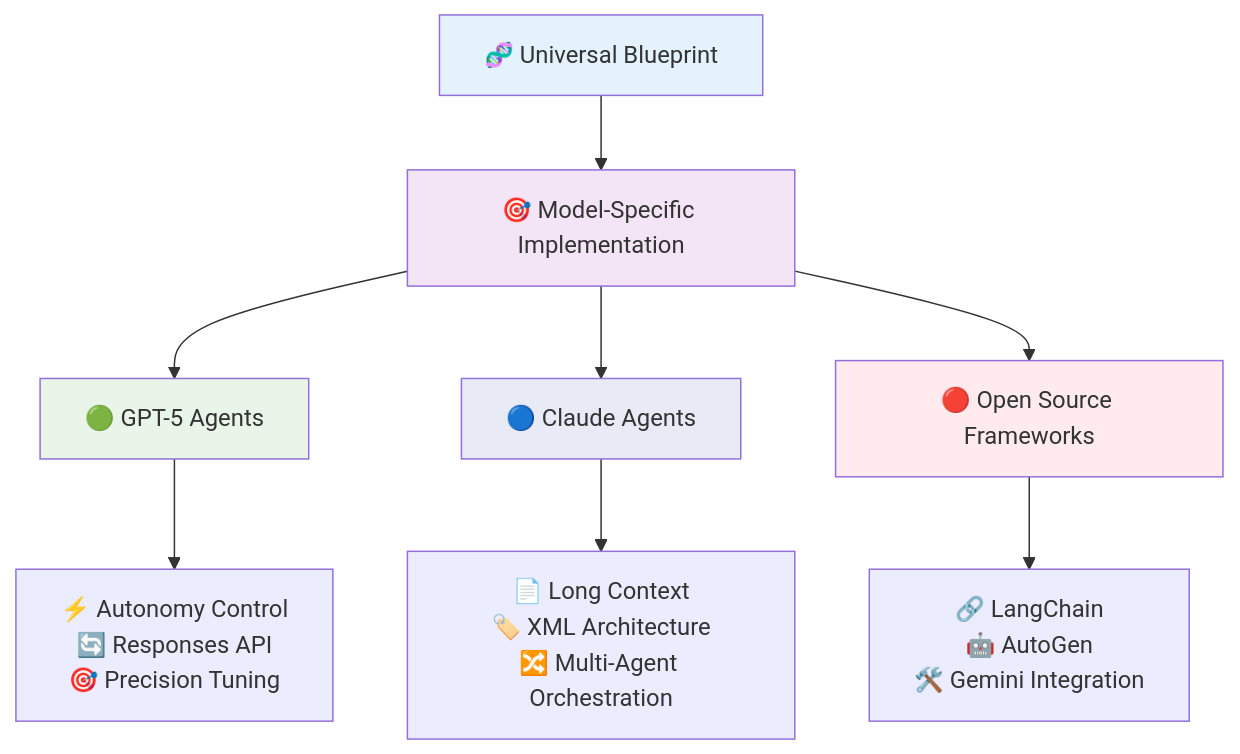
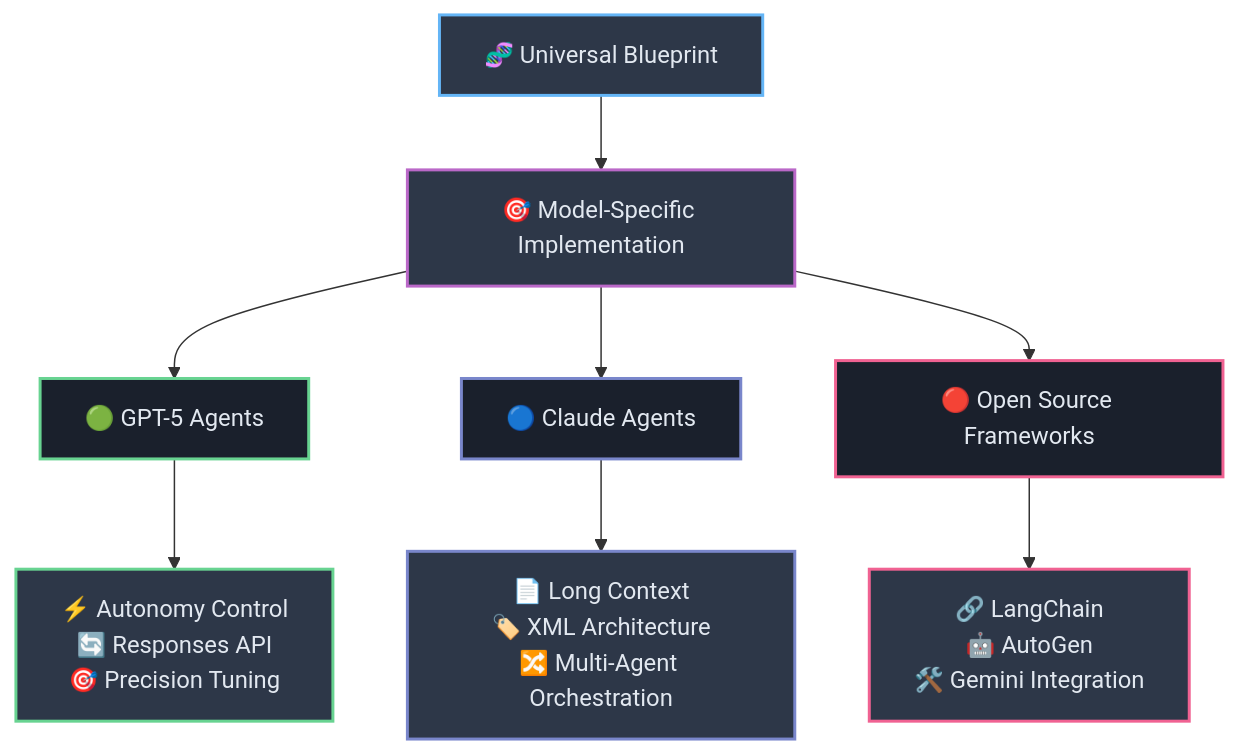
One commit to josemlopez/prompt_tutorial changed the first of 6 diagrams in Part_II_Section_6_Implementing_Agentic_Blueprints_Model-Specific_Architectures.md. Above: the diagram before and after it, drawn with Mermaid. The commit also changed other lines of this file and 7 other files, not shown here.

````diff
--- a/Part_II_Section_6_Implementing_Agentic_Blueprints_Model-Specific_Architectures.md
+++ b/Part_II_Section_6_Implementing_Agentic_Blueprints_Model-Specific_Architectures.md
@@ -5,20 +5,23 @@
 ```mermaid
 graph TB
-    A[🧬 Universal Blueprint] --> B[🎯 Model-Specific Implementation]
-    
-    B --> C[🟢 GPT-5 Agents]
-    B --> D[🔵 Claude Agents]
-    B --> E[🔴 Open Source Frameworks]
-    
-    C --> F[⚡ Autonomy Control<br/>🔄 Responses API<br/>🎯 Precision Tuning]
-    
-    D --> G[📄 Long Context<br/>🏷️ XML Architecture<br/>🔀 Multi-Agent Orchestration]
-    
-    E --> H[🔗 LangChain<br/>🤖 AutoGen<br/>🛠️ Gemini Integration]
-    
-    style A fill:#e3f2fd
-    style B fill:#f3e5f5
-    style C fill:#e8f5e8
-    style D fill:#e8eaf6
-    style E fill:#ffebee
+   A[🧬 Universal Blueprint] --> B[🎯 Model-Specific Implementation]
+   
+   B --> C[🟢 GPT-5 Agents]
+   B --> D[🔵 Claude Agents]
+   B --> E[🔴 Open Source Frameworks]
+   
+   C --> F[⚡ Autonomy Control<br/>🔄 Responses API<br/>🎯 Precision Tuning]
+   
+   D --> G[📄 Long Context<br/>🏷️ XML Architecture<br/>🔀 Multi-Agent Orchestration]
+   
+   E --> H[🔗 LangChain<br/>🤖 AutoGen<br/>🛠️ Gemini Integration]
+   
+   style A fill:#2d3748,stroke:#64b5f6,stroke-width:2px,color:#e2e8f0
+   style B fill:#2d3748,stroke:#ba68c8,stroke-width:2px,color:#e2e8f0
+   style C fill:#1a202c,stroke:#68d391,stroke-width:2px,color:#e2e8f0
+   style D fill:#1a202c,stroke:#7986cb,stroke-width:2px,color:#e2e8f0
+   style E fill:#1a202c,stroke:#f06292,stroke-width:2px,color:#e2e8f0
+   style F fill:#2d3748,stroke:#68d391,stroke-width:2px,color:#e2e8f0
+   style G fill:#2d3748,stroke:#7986cb,stroke-width:2px,color:#e2e8f0
+   style H fill:#2d3748,stroke:#f06292,stroke-width:2px,color:#e2e8f0
 ```
````
